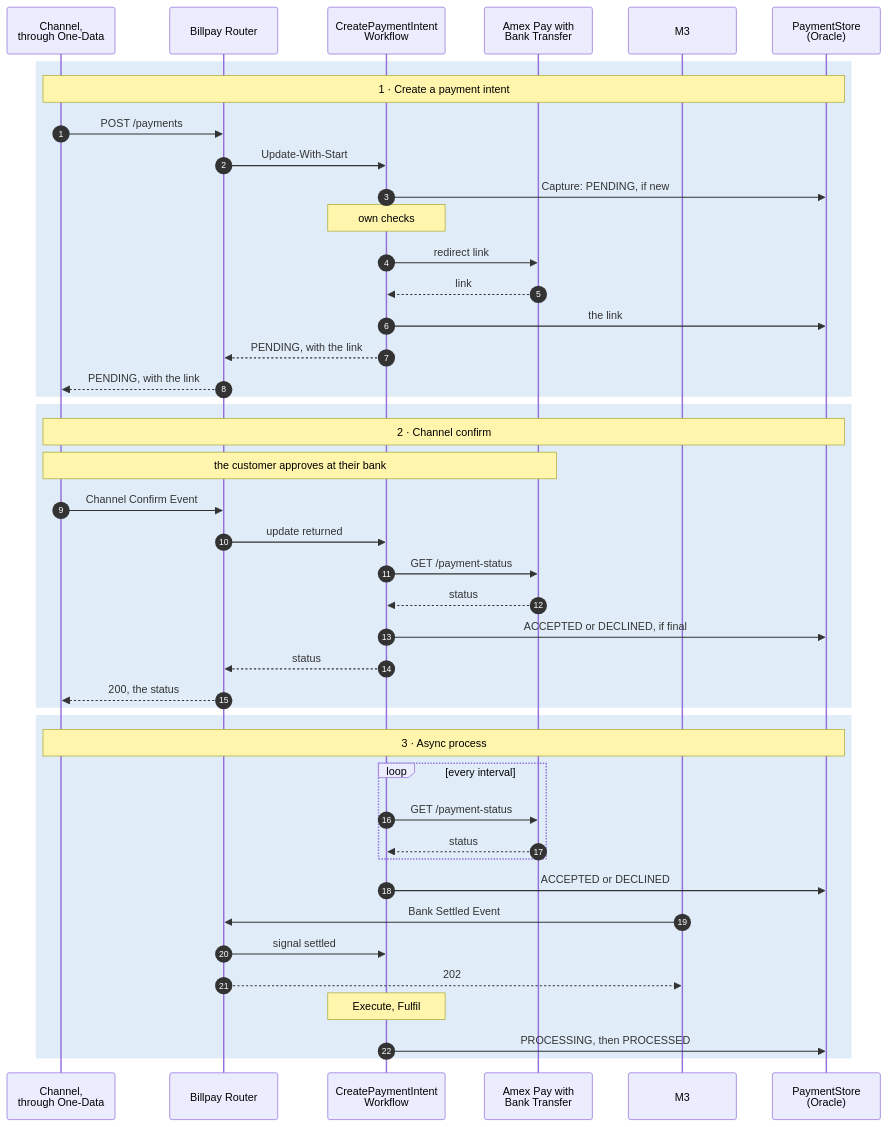
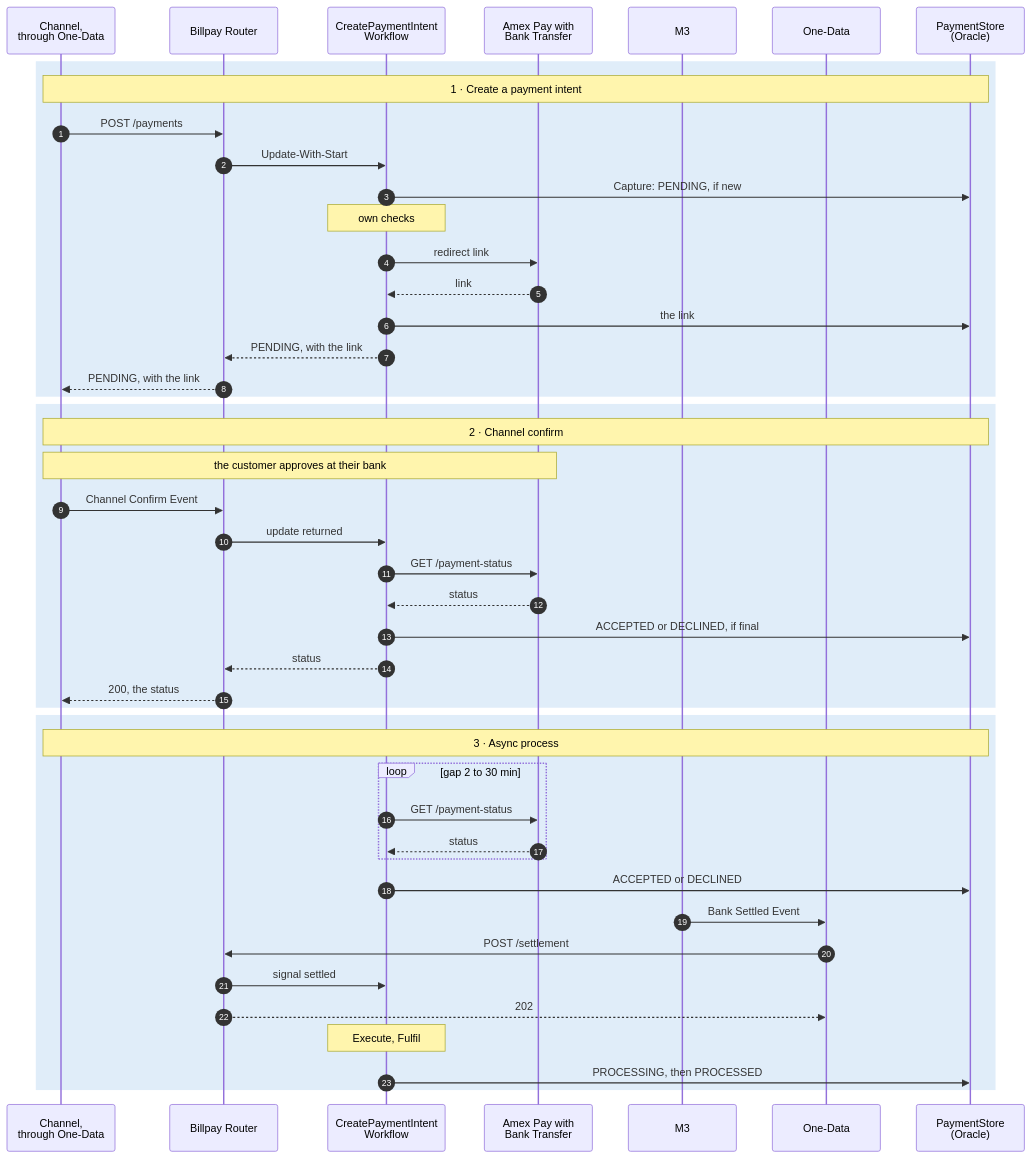
Before and after one commit to arunav-bhattacharya/billpay-book: diagram 14 of 16 in website/docs/design/sequence-diagrams.md, drawn with Mermaid. The commit also changed other lines of this file and 43 other files, not shown here.

````diff
--- a/website/docs/design/sequence-diagrams.md
+++ b/website/docs/design/sequence-diagrams.md
@@ -750,60 +750,62 @@
 ```mermaid
 ---
 config:
   fontFamily: "BentonSansUI, Helvetica, Arial, sans-serif"
   fontSize: 15
 ---
 sequenceDiagram
   autonumber
   %% Pink arrows: something outside resumes the payment.
   %% trigger: Channel Confirm Event
   %% trigger: update returned
   %% trigger: Bank Settled Event
   %% trigger: signal settled
 
   participant CH as Channel,<br/>through One-Data
   participant R as Billpay Router
   participant WF as CreatePaymentIntent<br/>Workflow
   participant PW as Amex Pay with<br/>Bank Transfer
   participant M3
+  participant OD as One-Data
   participant PS as PaymentStore<br/>(Oracle)
 
   rect rgba(0,111,207,0.12)
     Note over CH,PS: 1 · Create a payment intent
     CH->>R: POST /payments
     R->>WF: Update-With-Start
     WF->>PS: Capture: PENDING, if new
     Note over WF: own checks
     WF->>PW: redirect link
     PW-->>WF: link
     WF->>PS: the link
     WF-->>R: PENDING, with the link
     R-->>CH: PENDING, with the link
   end
 
   rect rgba(0,111,207,0.12)
     Note over CH,PS: 2 · Channel confirm
     Note over CH,PW: the customer approves at their bank
     CH->>R: Channel Confirm Event
     R->>WF: update returned
     WF->>PW: GET /payment-status
     PW-->>WF: status
     WF->>PS: ACCEPTED or DECLINED, if final
     WF-->>R: status
     R-->>CH: 200, the status
   end
 
   rect rgba(0,111,207,0.12)
     Note over CH,PS: 3 · Async process
-    loop every interval
+    loop gap 2 to 30 min
       WF->>PW: GET /payment-status
       PW-->>WF: status
     end
     WF->>PS: ACCEPTED or DECLINED
-    M3->>R: Bank Settled Event
+    M3->>OD: Bank Settled Event
+    OD->>R: POST /settlement
     R->>WF: signal settled
-    R-->>M3: 202
+    R-->>OD: 202
     Note over WF: Execute, Fulfil
     WF->>PS: PROCESSING, then PROCESSED
   end
 ```
````
